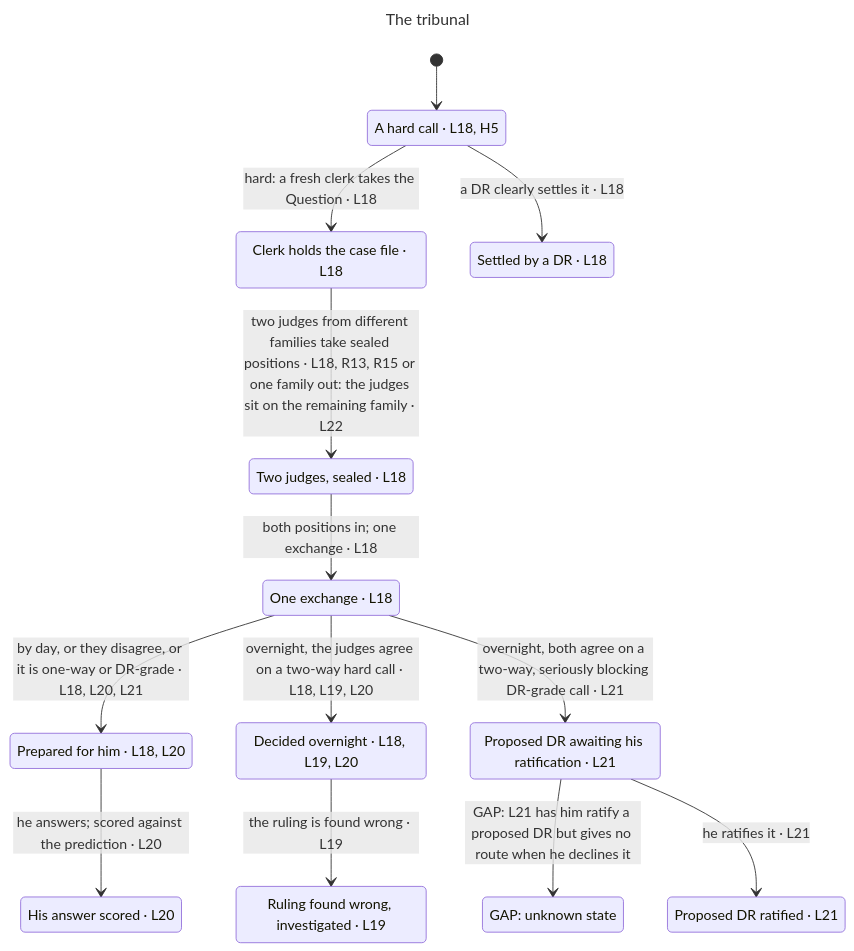
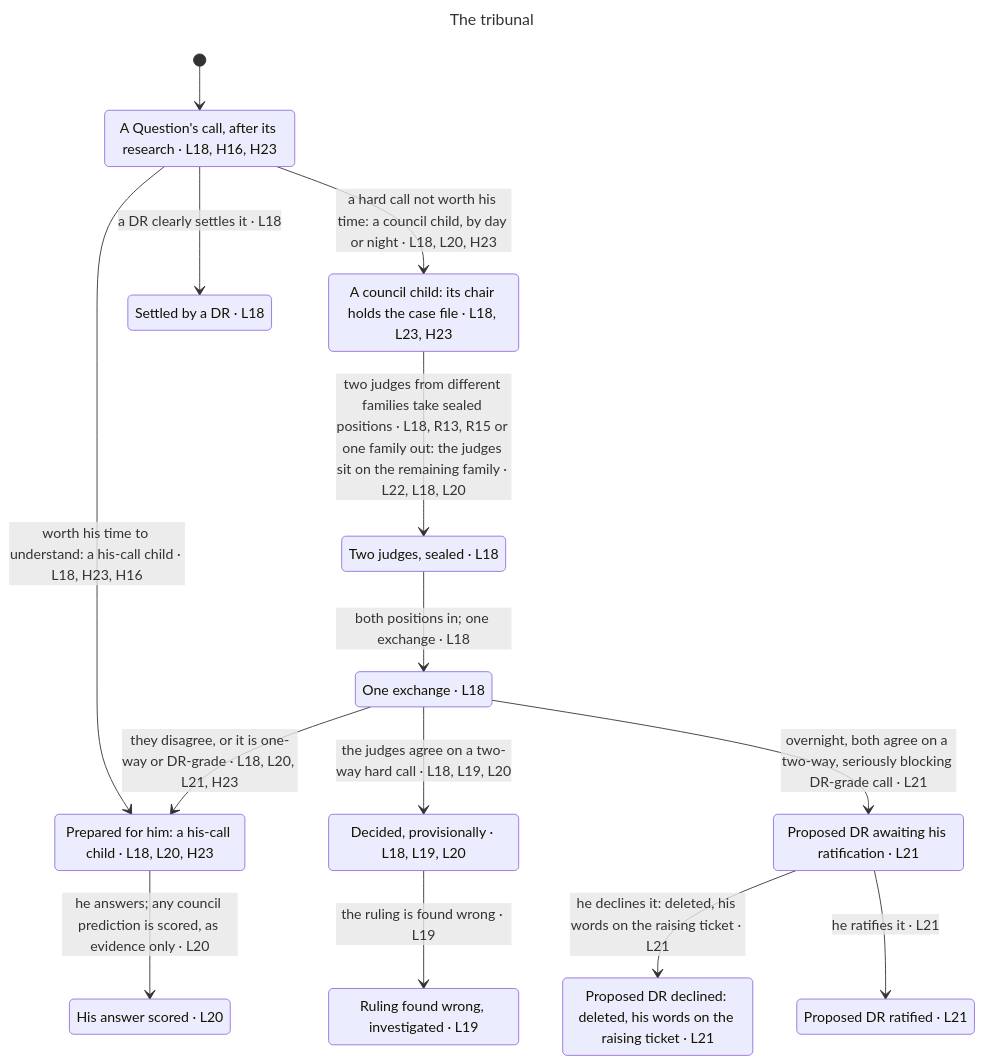
The diagram in claims/statechart/tribunal/chart.mmd (BalazsOrg/dydo), drawn with Mermaid before and after one commit. The commit also changed 9 other files, not shown here.

First line of the commit message:
DYD-1286 implement: charts and statechart README follow the closed GAPs

```diff
--- a/claims/statechart/tribunal/chart.mmd
+++ b/claims/statechart/tribunal/chart.mmd
@@ -1,28 +1,29 @@
 ---
 title: "The tribunal"
 ---
 stateDiagram-v2
-  s0: A hard call #183; L18, H5
-  s1: Clerk holds the case file #183; L18
+  s0: A Question's call, after its research #183; L18, H16, H23
+  s1: A council child: its chair holds the case file #183; L18, L23, H23
   s2: Settled by a DR #183; L18
-  s3: Two judges, sealed #183; L18
-  s4: One exchange #183; L18
-  s5: Decided overnight #183; L18, L19, L20
-  s6: Prepared for him #183; L18, L20
-  s7: Proposed DR awaiting his ratification #183; L21
-  s8: GAP: unknown state
-  s9: Ruling found wrong, investigated #183; L19
-  s10: Proposed DR ratified #183; L21
-  s11: His answer scored #183; L20
+  s3: Prepared for him: a his-call child #183; L18, L20, H23
+  s4: His answer scored #183; L20
+  s5: Two judges, sealed #183; L18
+  s6: One exchange #183; L18
+  s7: Decided, provisionally #183; L18, L19, L20
+  s8: Proposed DR awaiting his ratification #183; L21
+  s9: Proposed DR declined: deleted, his words on the raising ticket #183; L21
+  s10: Ruling found wrong, investigated #183; L19
+  s11: Proposed DR ratified #183; L21
   [*] --> s0
-  s0 --> s1: hard: a fresh clerk takes the Question #183; L18
+  s0 --> s1: a hard call not worth his time: a council child, by day or night #183; L18, L20, H23
   s0 --> s2: a DR clearly settles it #183; L18
-  s1 --> s3: two judges from different families take sealed positions #183; L18, R13, R15 or one family out: the judges sit on the remaining family #183; L22
-  s3 --> s4: both positions in#59; one exchange #183; L18
-  s4 --> s6: by day, or they disagree, or it is one-way or DR-grade #183; L18, L20, L21
-  s4 --> s5: overnight, the judges agree on a two-way hard call #183; L18, L19, L20
-  s4 --> s7: overnight, both agree on a two-way, seriously blocking DR-grade call #183; L21
-  s5 --> s9: the ruling is found wrong #183; L19
-  s6 --> s11: he answers#59; scored against the prediction #183; L20
-  s7 --> s8: GAP: L21 has him ratify a proposed DR but gives no route when he declines it
-  s7 --> s10: he ratifies it #183; L21
+  s0 --> s3: worth his time to understand: a his-call child #183; L18, H23, H16
+  s1 --> s5: two judges from different families take sealed positions #183; L18, R13, R15 or one family out: the judges sit on the remaining family #183; L22, L18, L20
+  s3 --> s4: he answers#59; any council prediction is scored, as evidence only #183; L20
+  s5 --> s6: both positions in#59; one exchange #183; L18
+  s6 --> s3: they disagree, or it is one-way or DR-grade #183; L18, L20, L21, H23
+  s6 --> s7: the judges agree on a two-way hard call #183; L18, L19, L20
+  s6 --> s8: overnight, both agree on a two-way, seriously blocking DR-grade call #183; L21
+  s7 --> s10: the ruling is found wrong #183; L19
+  s8 --> s9: he declines it: deleted, his words on the raising ticket #183; L21
+  s8 --> s11: he ratifies it #183; L21
```
